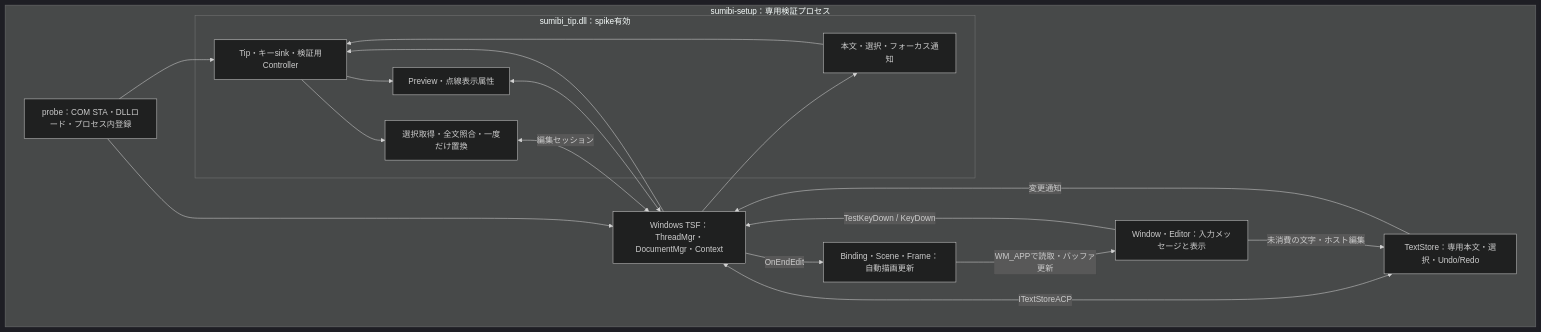
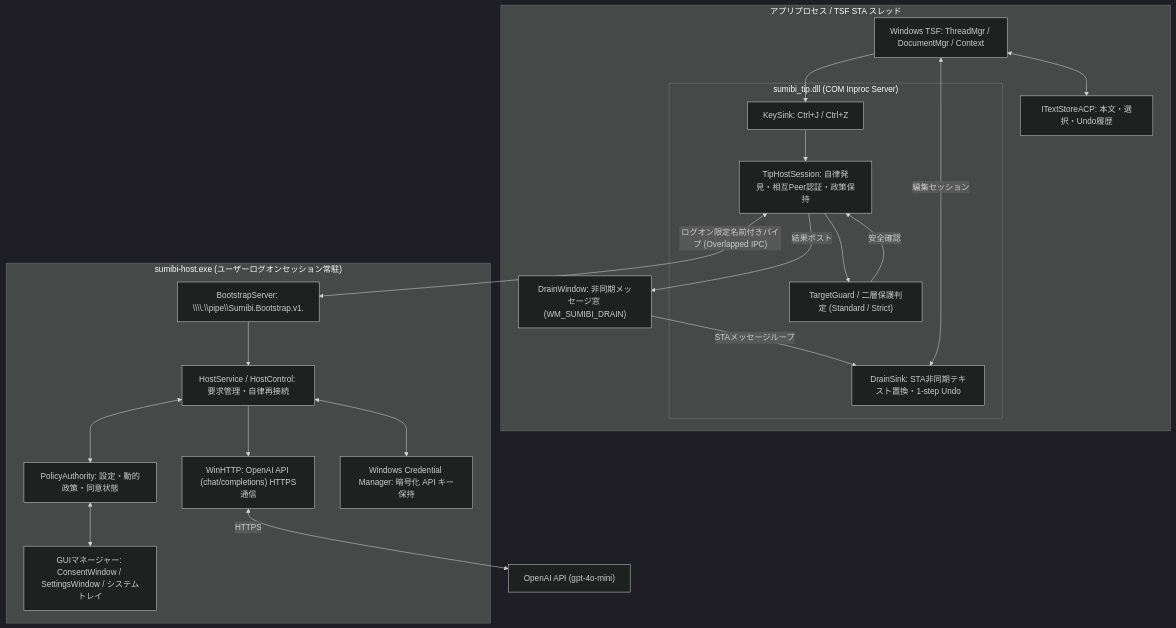
Before and after one commit to kiyoka/Sumibi-win: the first of 4 diagrams in docs/TECHNICAL_OVERVIEW.md, drawn with Mermaid (dark theme). The commit also changed other lines of this file and 4 other files, not shown here.

Commit message:
docs: update Windows architecture and design documents for Issue #3

````diff
--- a/docs/TECHNICAL_OVERVIEW.md
+++ b/docs/TECHNICAL_OVERVIEW.md
@@ -51,31 +50,39 @@
 ```mermaid
 flowchart TB
-    subgraph process["sumibi-setup：専用検証プロセス"]
-        probe["probe：COM STA・DLLロード・プロセス内登録"]
-        tsf["Windows TSF：ThreadMgr・DocumentMgr・Context"]
-        subgraph dll["sumibi_tip.dll：spike有効"]
-            tip["Tip・キーsink・検証用Controller"]
-            edit["選択取得・全文照合・一度だけ置換"]
-            preview["Preview・点線表示属性"]
-            observer["本文・選択・フォーカス通知"]
+    subgraph app["アプリプロセス / TSF STA スレッド"]
+        tsf["Windows TSF: ThreadMgr / DocumentMgr / Context"]
+        subgraph dll["sumibi_tip.dll (COM Inproc Server)"]
+            keys["KeySink: Ctrl+J / Ctrl+Z"]
+            session["TipHostSession: 自律発見・相互Peer認証・政策保持"]
+            guard["TargetGuard / 二層保護判定 (Standard / Strict)"]
+            drain["DrainSink: STA非同期テキスト置換・1-step Undo"]
         end
-        store["TextStore：専用本文・選択・Undo/Redo"]
-        window["Window・Editor：入力メッセージと表示"]
-        live["Binding・Scene・Frame：自動描画更新"]
+        store["ITextStoreACP: 本文・選択・Undo履歴"]
+        drainwin["DrainWindow: 非同期メッセージ窓 (WM_SUMIBI_DRAIN)"]
     end
-    probe --> tsf
-    probe --> tip
-    window -->|"TestKeyDown / KeyDown"| tsf
-    tsf --> tip
-    tip --> edit
-    tip --> preview
-    edit <-->|"編集セッション"| tsf
-    preview <--> tsf
-    tsf <-->|"ITextStoreACP"| store
-    store -->|"変更通知"| tsf
-    tsf --> observer
-    observer --> tip
-    tsf -->|"OnEndEdit"| live
-    live -->|"WM_APPで読取・バッファ更新"| window
-    window -->|"未消費の文字・ホスト編集"| store
+
+    subgraph host["sumibi-host.exe (ユーザーログオンセッション常駐)"]
+        bootstrap["BootstrapServer: \\\\.\\pipe\\Sumibi.Bootstrap.v1.<SID>"]
+        service["HostService / HostControl: 要求管理・自律再接続"]
+        policy["PolicyAuthority: 設定・動的政策・同意状態"]
+        winhttp["WinHTTP: OpenAI API (chat/completions) HTTPS通信"]
+        cred["Windows Credential Manager: 暗号化 API キー保持"]
+        gui["GUIマネージャー: ConsentWindow / SettingsWindow / システムトレイ"]
+    end
+
+    tsf --> keys
+    keys --> session
+    session <-->|"ログオン限定名前付きパイプ (Overlapped IPC)"| bootstrap
+    bootstrap --> service
+    service <--> policy
+    policy <--> gui
+    service --> winhttp
+    service <--> cred
+    winhttp <-->|"HTTPS"| openai["OpenAI API (gpt-4o-mini)"]
+    session --> guard
+    guard -->|"安全確認"| session
+    session -->|"結果ポスト"| drainwin
+    drainwin -->|"STAメッセージループ"| drain
+    drain <-->|"編集セッション"| tsf
+    tsf <--> store
 ```
````
